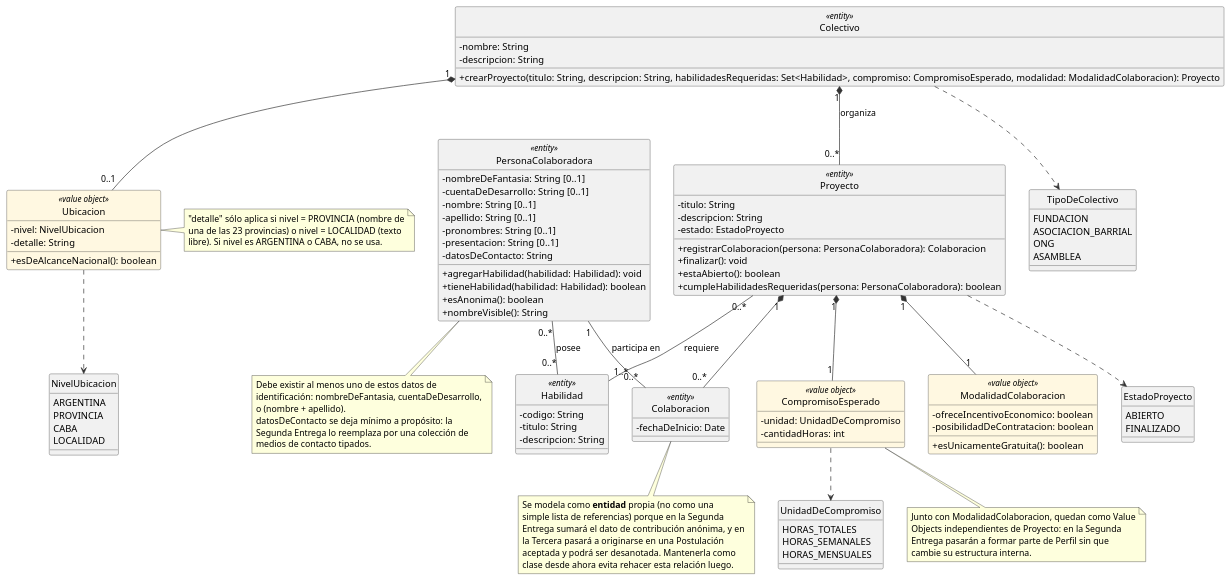
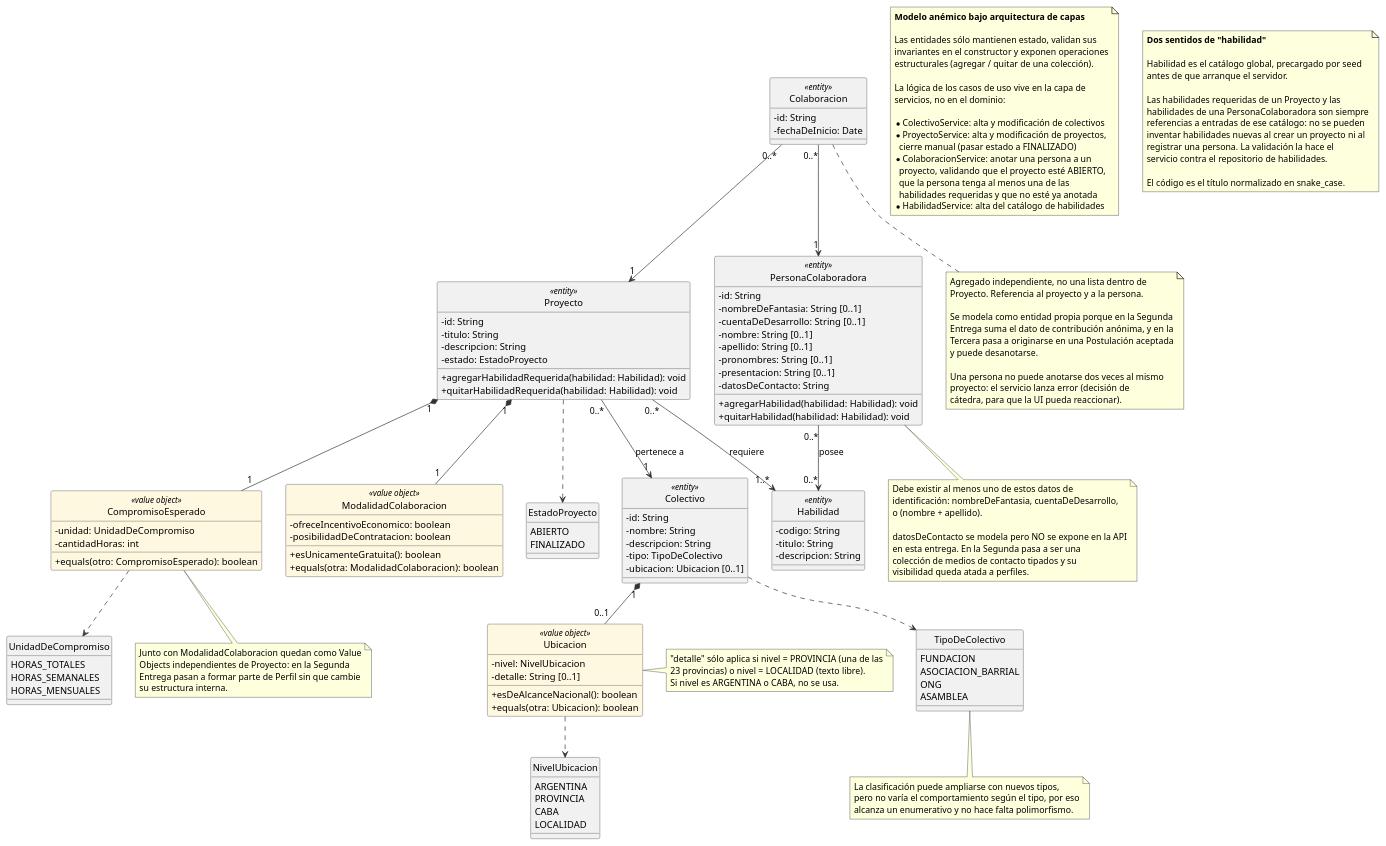
The diagram in docs/diagrama-de-clases.puml (Mazzini123/tp-desarrollo-2c-2026), drawn with PlantUML before and after one commit. The commit also changed 1 other file, not shown here.

Commit message:
Actualizar diagrama: modelo anemico en capas segun consulta con el docente

```diff
--- a/docs/diagrama-de-clases.puml
+++ b/docs/diagrama-de-clases.puml
@@ -1,119 +1,194 @@
 @startuml CodigoAVoluntad_DiagramaDeClases_Entrega1
 hide circle
 skinparam classAttributeIconSize 0
 skinparam shadowing false
 skinparam class {
     BackgroundColor<<value object>> #FFF8E1
     BorderColor #333333
     ArrowColor #333333
 }
+
 class Colectivo <<entity>> {
+  - id: String
   - nombre: String
   - descripcion: String
-  + crearProyecto(titulo: String, descripcion: String, habilidadesRequeridas: Set<Habilidad>, compromiso: CompromisoEsperado, modalidad: ModalidadColaboracion): Proyecto
+  - tipo: TipoDeColectivo
+  - ubicacion: Ubicacion [0..1]
 }
+
 class Proyecto <<entity>> {
+  - id: String
   - titulo: String
   - descripcion: String
   - estado: EstadoProyecto
-  + registrarColaboracion(persona: PersonaColaboradora): Colaboracion
-  + finalizar(): void
-  + estaAbierto(): boolean
-  + cumpleHabilidadesRequeridas(persona: PersonaColaboradora): boolean
+  + agregarHabilidadRequerida(habilidad: Habilidad): void
+  + quitarHabilidadRequerida(habilidad: Habilidad): void
 }
+
 class Habilidad <<entity>> {
   - codigo: String
   - titulo: String
   - descripcion: String
 }
+
 class PersonaColaboradora <<entity>> {
+  - id: String
   - nombreDeFantasia: String [0..1]
   - cuentaDeDesarrollo: String [0..1]
   - nombre: String [0..1]
   - apellido: String [0..1]
   - pronombres: String [0..1]
   - presentacion: String [0..1]
   - datosDeContacto: String
   + agregarHabilidad(habilidad: Habilidad): void
-  + tieneHabilidad(habilidad: Habilidad): boolean
-  + esAnonima(): boolean
-  + nombreVisible(): String
+  + quitarHabilidad(habilidad: Habilidad): void
 }
+
 class Colaboracion <<entity>> {
+  - id: String
   - fechaDeInicio: Date
 }
+
 class Ubicacion <<value object>> {
   - nivel: NivelUbicacion
-  - detalle: String
+  - detalle: String [0..1]
   + esDeAlcanceNacional(): boolean
+  + equals(otra: Ubicacion): boolean
 }
+
 class CompromisoEsperado <<value object>> {
   - unidad: UnidadDeCompromiso
   - cantidadHoras: int
+  + equals(otro: CompromisoEsperado): boolean
 }
+
 class ModalidadColaboracion <<value object>> {
   - ofreceIncentivoEconomico: boolean
   - posibilidadDeContratacion: boolean
   + esUnicamenteGratuita(): boolean
+  + equals(otra: ModalidadColaboracion): boolean
 }
+
 enum TipoDeColectivo {
   FUNDACION
   ASOCIACION_BARRIAL
   ONG
   ASAMBLEA
 }
+
 enum EstadoProyecto {
   ABIERTO
   FINALIZADO
 }
+
 enum NivelUbicacion {
   ARGENTINA
   PROVINCIA
   CABA
   LOCALIDAD
 }
+
 enum UnidadDeCompromiso {
   HORAS_TOTALES
   HORAS_SEMANALES
   HORAS_MENSUALES
 }
-Colectivo "1" *-- "0..*" Proyecto : organiza
+
 Colectivo "1" *-- "0..1" Ubicacion
 Colectivo ..> TipoDeColectivo
-Proyecto "1" *-- "0..*" Colaboracion
-Proyecto "0..*" -- "1..*" Habilidad : requiere
+
+Proyecto "0..*" --> "1" Colectivo : pertenece a
 Proyecto "1" *-- "1" CompromisoEsperado
 Proyecto "1" *-- "1" ModalidadColaboracion
+Proyecto "0..*" --> "1..*" Habilidad : requiere
 Proyecto ..> EstadoProyecto
-PersonaColaboradora "1" -- "0..*" Colaboracion : participa en
-PersonaColaboradora "0..*" -- "0..*" Habilidad : posee
+
+Colaboracion "0..*" --> "1" Proyecto
+Colaboracion "0..*" --> "1" PersonaColaboradora
+
+PersonaColaboradora "0..*" --> "0..*" Habilidad : posee
+
 Ubicacion ..> NivelUbicacion
 CompromisoEsperado ..> UnidadDeCompromiso
+
+note as N1
+  **Modelo anémico bajo arquitectura de capas**
+
+  Las entidades sólo mantienen estado, validan sus
+  invariantes en el constructor y exponen operaciones
+  estructurales (agregar / quitar de una colección).
+
+  La lógica de los casos de uso vive en la capa de
+  servicios, no en el dominio:
+
+  * ColectivoService: alta y modificación de colectivos
+  * ProyectoService: alta y modificación de proyectos,
+    cierre manual (pasar estado a FINALIZADO)
+  * ColaboracionService: anotar una persona a un
+    proyecto, validando que el proyecto esté ABIERTO,
+    que la persona tenga al menos una de las
+    habilidades requeridas y que no esté ya anotada
+  * HabilidadService: alta del catálogo de habilidades
+end note
+
+note as N2
+  **Dos sentidos de "habilidad"**
+
+  Habilidad es el catálogo global, precargado por seed
+  antes de que arranque el servidor.
+
+  Las habilidades requeridas de un Proyecto y las
+  habilidades de una PersonaColaboradora son siempre
+  referencias a entradas de ese catálogo: no se pueden
+  inventar habilidades nuevas al crear un proyecto ni al
+  registrar una persona. La validación la hace el
+  servicio contra el repositorio de habilidades.
+
+  El código es el título normalizado en snake_case.
+end note
+
 note bottom of Colaboracion
-  Se modela como **entidad** propia (no como una
-  simple lista de referencias) porque en la Segunda
-  Entrega sumará el dato de contribución anónima, y en
-  la Tercera pasará a originarse en una Postulación
-  aceptada y podrá ser desanotada. Mantenerla como
-  clase desde ahora evita rehacer esta relación luego.
+  Agregado independiente, no una lista dentro de
+  Proyecto. Referencia al proyecto y a la persona.
+
+  Se modela como entidad propia porque en la Segunda
+  Entrega suma el dato de contribución anónima, y en la
+  Tercera pasa a originarse en una Postulación aceptada
+  y puede desanotarse.
+
+  Una persona no puede anotarse dos veces al mismo
+  proyecto: el servicio lanza error (decisión de
+  cátedra, para que la UI pueda reaccionar).
 end note
+
 note bottom of PersonaColaboradora
   Debe existir al menos uno de estos datos de
   identificación: nombreDeFantasia, cuentaDeDesarrollo,
   o (nombre + apellido).
-  datosDeContacto se deja mínimo a propósito: la
-  Segunda Entrega lo reemplaza por una colección de
-  medios de contacto tipados.
+
+  datosDeContacto se modela pero NO se expone en la API
+  en esta entrega. En la Segunda pasa a ser una
+  colección de medios de contacto tipados y su
+  visibilidad queda atada a perfiles.
 end note
+
 note right of Ubicacion
-  "detalle" sólo aplica si nivel = PROVINCIA (nombre de
-  una de las 23 provincias) o nivel = LOCALIDAD (texto
-  libre). Si nivel es ARGENTINA o CABA, no se usa.
+  "detalle" sólo aplica si nivel = PROVINCIA (una de las
+  23 provincias) o nivel = LOCALIDAD (texto libre).
+  Si nivel es ARGENTINA o CABA, no se usa.
 end note
+
 note bottom of CompromisoEsperado
-  Junto con ModalidadColaboracion, quedan como Value
+  Junto con ModalidadColaboracion quedan como Value
   Objects independientes de Proyecto: en la Segunda
-  Entrega pasarán a formar parte de Perfil sin que
-  cambie su estructura interna.
+  Entrega pasan a formar parte de Perfil sin que cambie
+  su estructura interna.
 end note
+
+note bottom of TipoDeColectivo
+  La clasificación puede ampliarse con nuevos tipos,
+  pero no varía el comportamiento según el tipo, por eso
+  alcanza un enumerativo y no hace falta polimorfismo.
+end note
+
 @enduml
```
